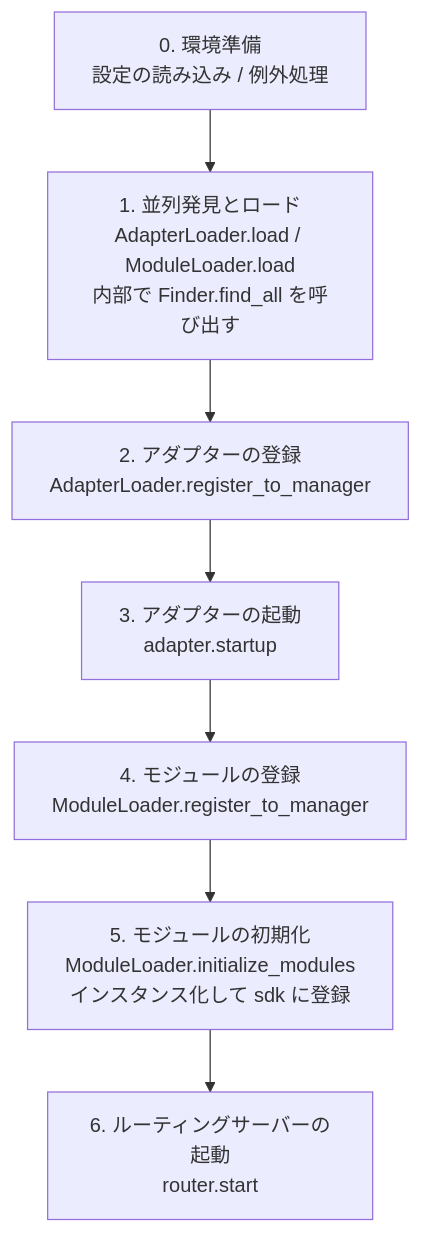
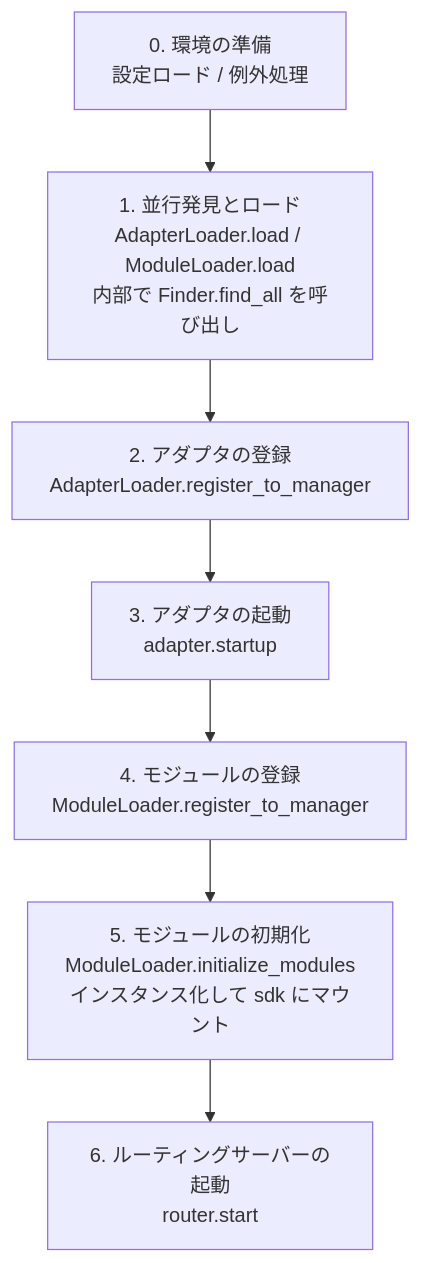
One commit to ErisPulse/ErisPulse changed the diagram in docs/ja/advanced/startup.md. Above: the diagram before and after it, drawn with Mermaid. The commit also changed other lines of this file and 124 other files, not shown here.

````diff
--- a/docs/ja/advanced/startup.md
+++ b/docs/ja/advanced/startup.md
@@ -30,10 +31,10 @@
 ```mermaid
 flowchart TD
-    A[0. 環境準備<br/>設定の読み込み / 例外処理] --> B
-    B[1. 並列発見とロード<br/>AdapterLoader.load / ModuleLoader.load<br/>内部で Finder.find_all を呼び出す] --> C
-    C[2. アダプターの登録<br/>AdapterLoader.register_to_manager] --> D
-    D[3. アダプターの起動<br/>adapter.startup] --> E
+    A[0. 環境の準備<br/>設定ロード / 例外処理] --> B
+    B[1. 並行発見とロード<br/>AdapterLoader.load / ModuleLoader.load<br/>内部で Finder.find_all を呼び出し] --> C
+    C[2. アダプタの登録<br/>AdapterLoader.register_to_manager] --> D
+    D[3. アダプタの起動<br/>adapter.startup] --> E
     E[4. モジュールの登録<br/>ModuleLoader.register_to_manager] --> F
-    F[5. モジュールの初期化<br/>ModuleLoader.initialize_modules<br/>インスタンス化して sdk に登録] --> G
+    F[5. モジュールの初期化<br/>ModuleLoader.initialize_modules<br/>インスタンス化して sdk にマウント] --> G
     G[6. ルーティングサーバーの起動<br/>router.start]
 ```
````
